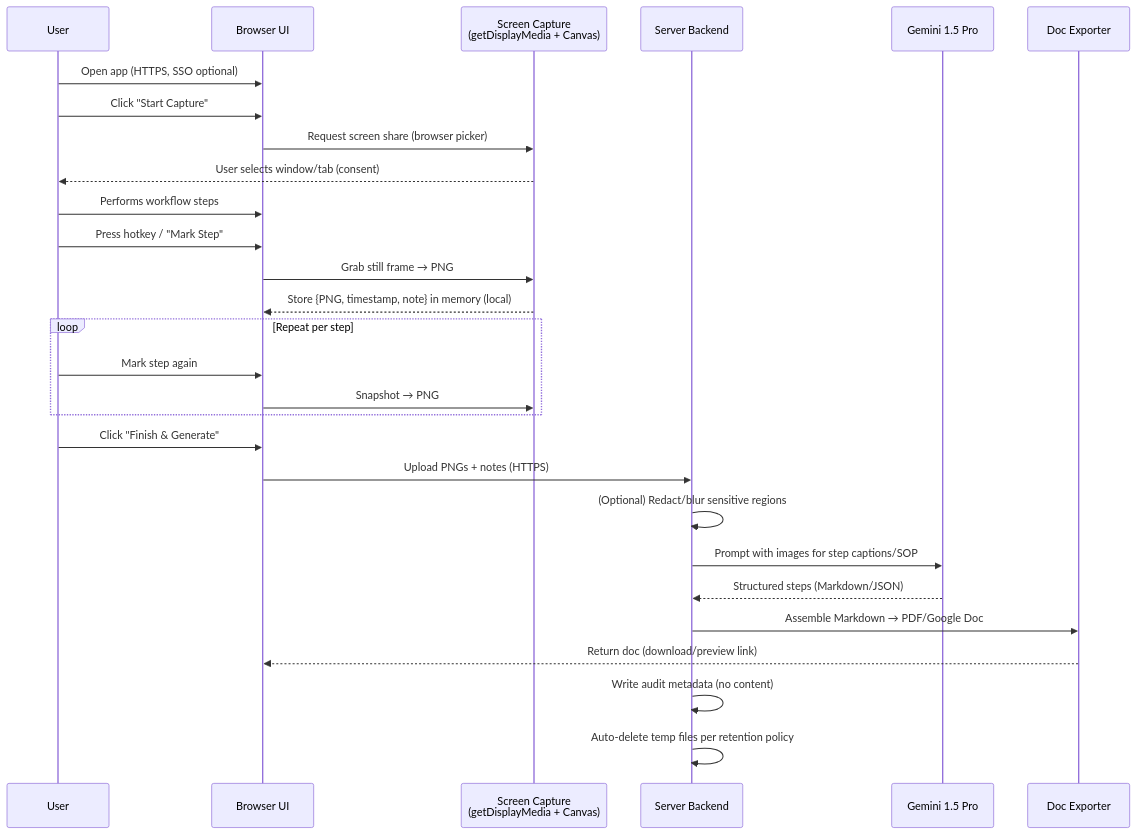
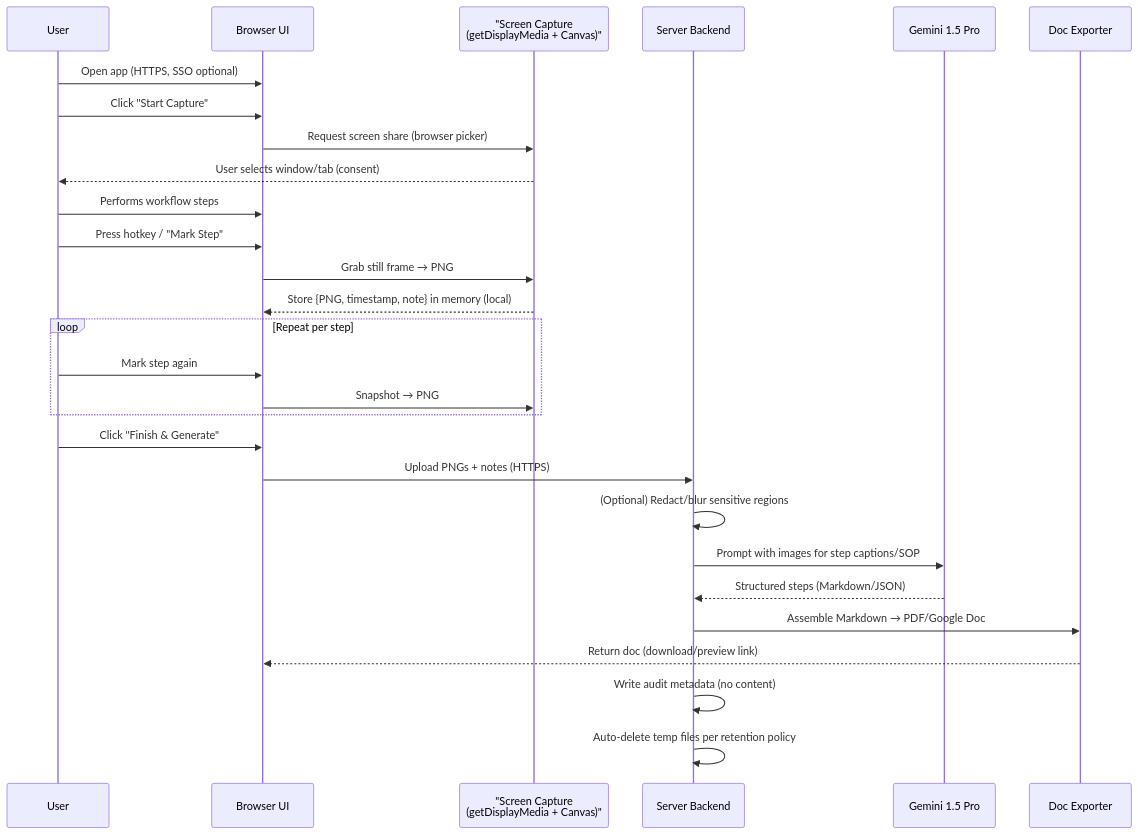
The second of 2 diagrams in README.md (mmccanse/mmautomates_process_documentation), drawn with Mermaid before and after one commit. The commit also changed other lines of this file, not shown here.

Commit message:
correct mermaid issues in readme

````diff
--- a/README.md
+++ b/README.md
@@ -150,31 +150,31 @@
 ```mermaid
 sequenceDiagram
   participant U as User
   participant UI as Browser UI
-  participant CAP as Screen Capture<br/>(getDisplayMedia + Canvas)
+  participant CAP as "Screen Capture<br/>(getDisplayMedia + Canvas)"
   participant S as Server Backend
   participant G as Gemini 1.5 Pro
   participant D as Doc Exporter
 
   U->>UI: Open app (HTTPS, SSO optional)
   U->>UI: Click "Start Capture"
   UI->>CAP: Request screen share (browser picker)
   CAP-->>U: User selects window/tab (consent)
   U->>UI: Performs workflow steps
   U->>UI: Press hotkey / "Mark Step"
   UI->>CAP: Grab still frame → PNG
   CAP-->>UI: Store {PNG, timestamp, note} in memory (local)
   loop Repeat per step
     U->>UI: Mark step again
     UI->>CAP: Snapshot → PNG
   end
   U->>UI: Click "Finish & Generate"
   UI->>S: Upload PNGs + notes (HTTPS)
   S->>S: (Optional) Redact/blur sensitive regions
   S->>G: Prompt with images for step captions/SOP
   G-->>S: Structured steps (Markdown/JSON)
   S->>D: Assemble Markdown → PDF/Google Doc
   D-->>UI: Return doc (download/preview link)
   S->>S: Write audit metadata (no content)
   S->>S: Auto-delete temp files per retention policy
 ```
````
